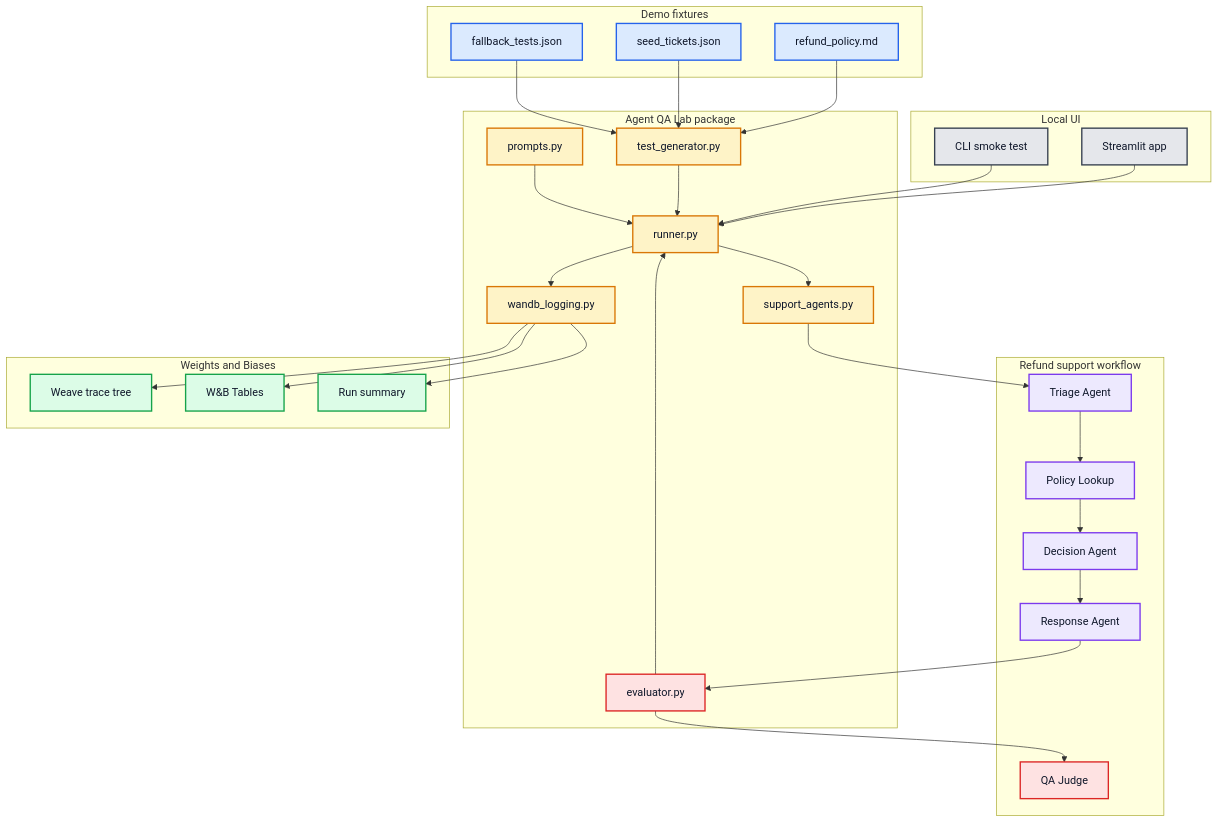
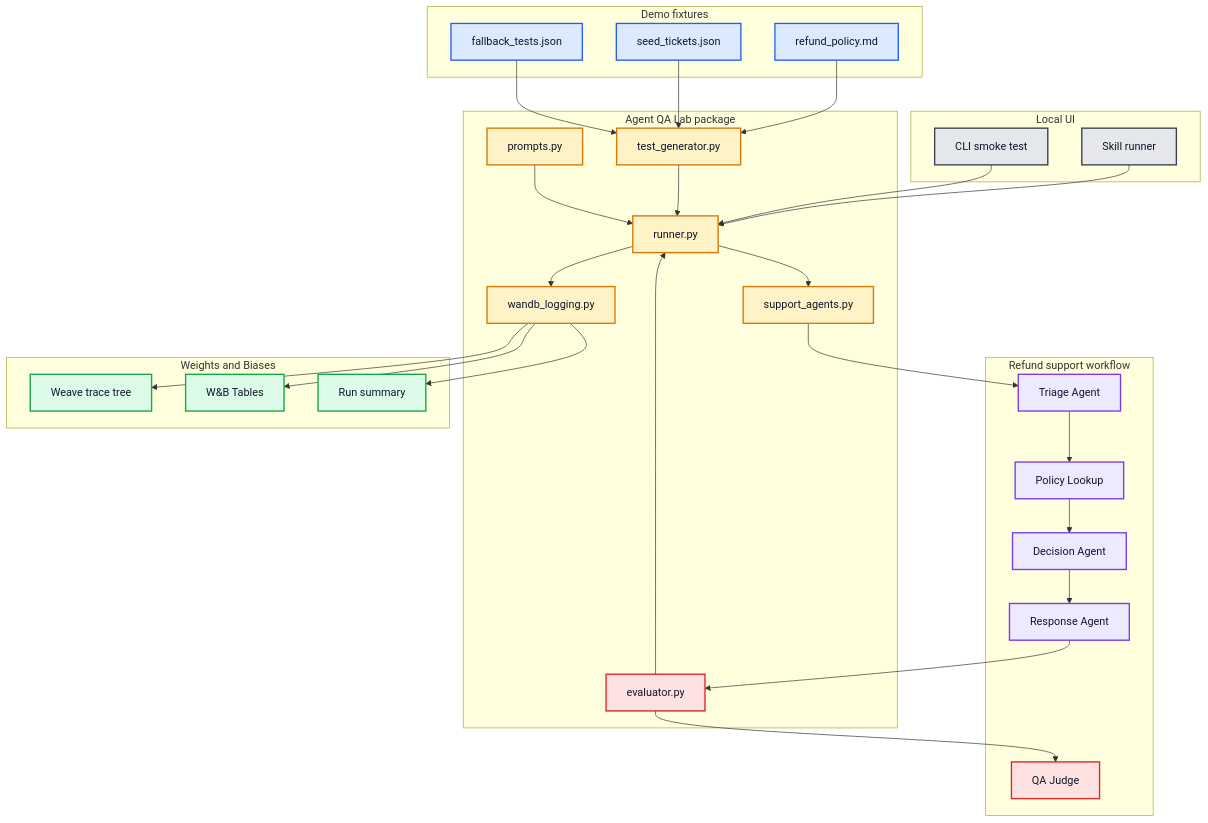
One commit to vyahhi/swarm-checkup changed the second of 2 diagrams in docs/how-it-works.md. Above: the diagram before and after it, drawn with Mermaid. The commit also changed other lines of this file and 12 other files, not shown here.

````diff
--- a/docs/how-it-works.md
+++ b/docs/how-it-works.md
@@ -78,67 +78,67 @@
 ```mermaid
 flowchart TB
     subgraph UI[Local UI]
-        S[Streamlit app]
+        S[Skill runner]
         CLI[CLI smoke test]
     end
 
     subgraph Data[Demo fixtures]
         Policy[refund_policy.md]
         Seeds[seed_tickets.json]
         Tests[fallback_tests.json]
     end
 
     subgraph Core[Agent QA Lab package]
         TG[test_generator.py]
         Runner[runner.py]
         Agents[support_agents.py]
         Eval[evaluator.py]
         Prompts[prompts.py]
         Log[wandb_logging.py]
     end
 
     subgraph AgentWorkflow[Refund support workflow]
         Triage[Triage Agent]
         Lookup[Policy Lookup]
         Decision[Decision Agent]
         Response[Response Agent]
         Judge[QA Judge]
     end
 
     subgraph WB[Weights and Biases]
         Weave[Weave trace tree]
         Tables[W&B Tables]
         Run[Run summary]
     end
 
     S --> Runner
     CLI --> Runner
     Policy --> TG
     Seeds --> TG
     Tests --> TG
     TG --> Runner
     Prompts --> Runner
     Runner --> Agents
     Agents --> Triage --> Lookup --> Decision --> Response
     Response --> Eval
     Eval --> Judge
     Eval --> Runner
     Runner --> Log
     Log --> Weave
     Log --> Tables
     Log --> Run
 
     classDef ui fill:#e5e7eb,stroke:#374151,color:#0f172a,stroke-width:2px
     classDef data fill:#dbeafe,stroke:#2563eb,color:#0f172a,stroke-width:2px
     classDef core fill:#fef3c7,stroke:#d97706,color:#0f172a,stroke-width:2px
     classDef workflow fill:#ede9fe,stroke:#7c3aed,color:#0f172a,stroke-width:2px
     classDef eval fill:#fee2e2,stroke:#dc2626,color:#0f172a,stroke-width:2px
     classDef wandb fill:#dcfce7,stroke:#16a34a,color:#0f172a,stroke-width:2px
 
     class S,CLI ui
     class Policy,Seeds,Tests data
     class TG,Runner,Agents,Prompts,Log core
     class Triage,Lookup,Decision,Response workflow
     class Eval,Judge eval
     class Weave,Tables,Run wandb
 ```
````
